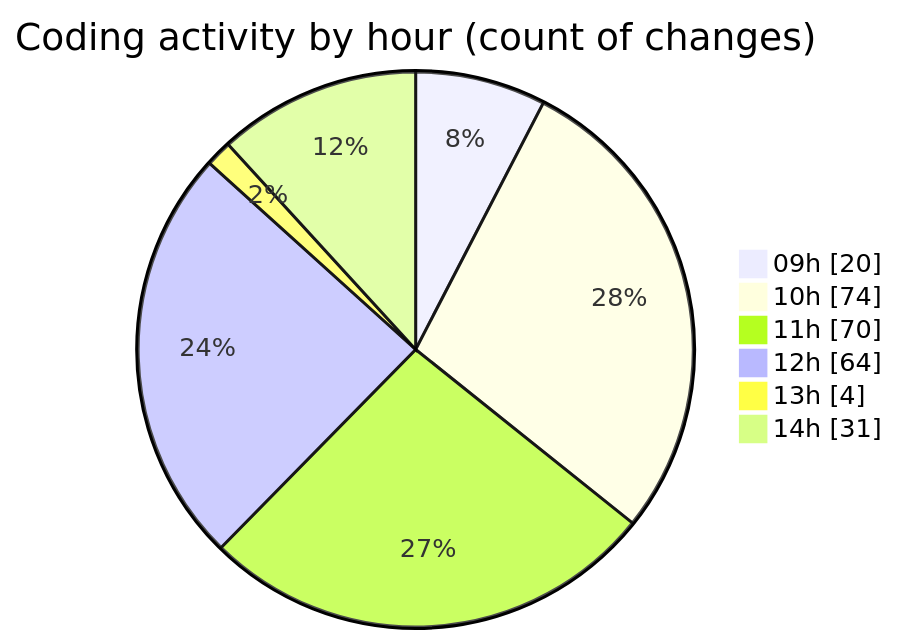
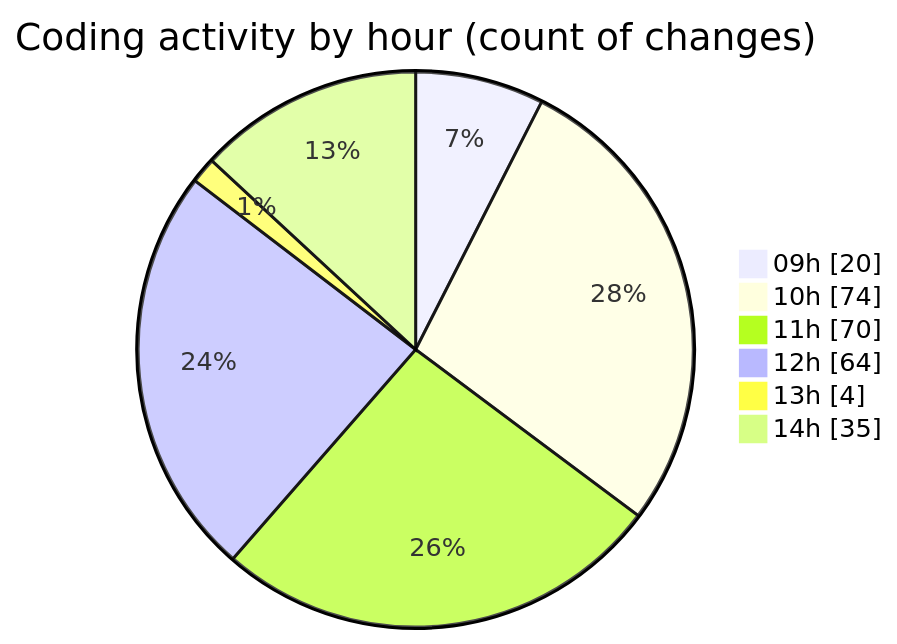
The second of 2 diagrams in 2025-06-06/ecodeli-1/README.md (CELIANVF/code-tracking), drawn with Mermaid before and after one commit. The commit also changed other lines of this file and 1 other file, not shown here.

````diff
--- a/2025-06-06/ecodeli-1/README.md
+++ b/2025-06-06/ecodeli-1/README.md
@@ -102,10 +104,10 @@
 ```mermaid
 pie showData
 title Coding activity by hour (count of changes)
 "09h" : 20
 "10h" : 74
 "11h" : 70
 "12h" : 64
 "13h" : 4
-"14h" : 31
+"14h" : 35
 ```
````
